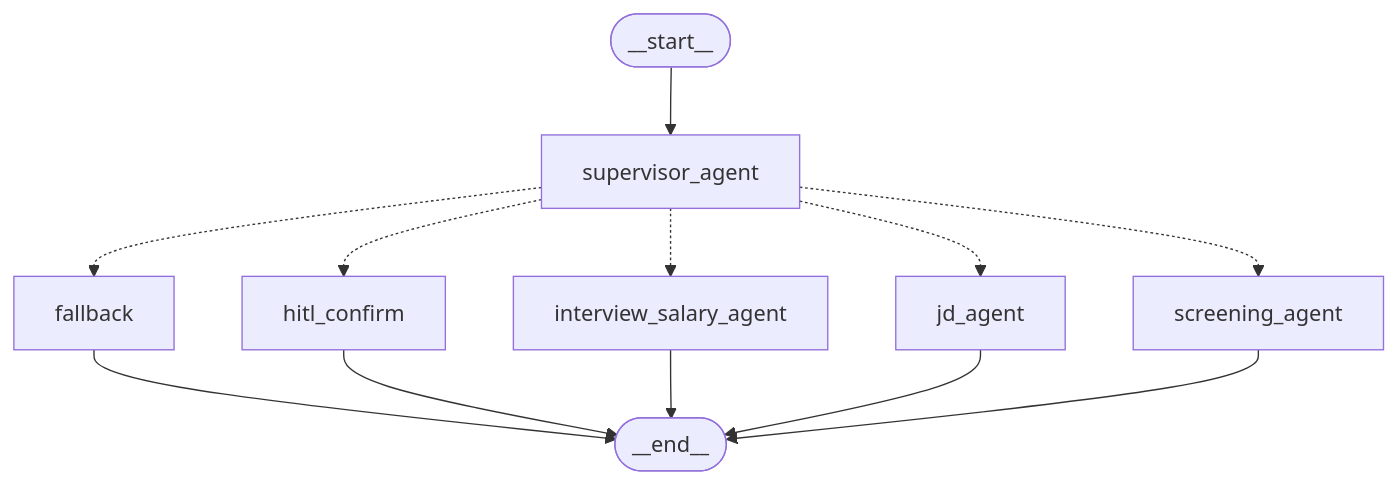
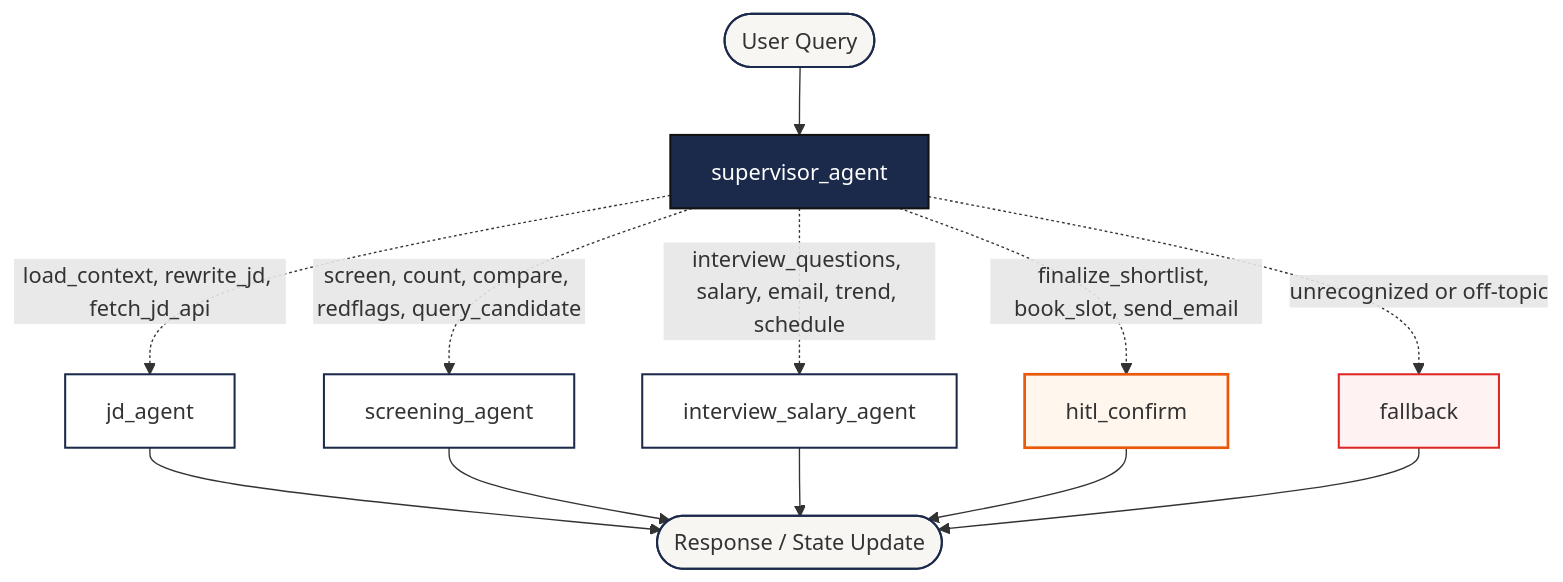
Before and after one commit to Sri-dinesh/RecruitAI: the diagram in README.md, drawn with Mermaid. The commit also changed other lines of this file, not shown here.

````diff
--- a/README.md
+++ b/README.md
@@ -22,14 +117,26 @@
 ```mermaid
 graph TD;
-	__start__([__start__]) --> supervisor_agent;
-	supervisor_agent -.-> fallback;
-	supervisor_agent -.-> hitl_confirm;
-	supervisor_agent -.-> interview_salary_agent;
-	supervisor_agent -.-> jd_agent;
-	supervisor_agent -.-> screening_agent;
-	fallback --> __end__([__end__]);
+	__start__([User Query]) --> supervisor_agent;
+	supervisor_agent -.->|load_context, rewrite_jd, fetch_jd_api| jd_agent;
+	supervisor_agent -.->|screen, count, compare, redflags, query_candidate| screening_agent;
+	supervisor_agent -.->|interview_questions, salary, email, trend, schedule| interview_salary_agent;
+	supervisor_agent -.->|finalize_shortlist, book_slot, send_email| hitl_confirm;
+	supervisor_agent -.->|unrecognized or off-topic| fallback;
+	
+	jd_agent --> __end__([Response / State Update]);
+	screening_agent --> __end__;
+	interview_salary_agent --> __end__;
 	hitl_confirm --> __end__;
-	interview_salary_agent --> __end__;
-	jd_agent --> __end__;
-	screening_agent --> __end__;
+	fallback --> __end__;
+
+	classDef default fill:#f8f6f2,stroke:#1b2a4a,stroke-width:1.5px;
+	classDef supervisor fill:#1b2a4a,stroke:#111,color:#fff;
+	classDef agent fill:#ffffff,stroke:#1b2a4a,stroke-width:1.5px;
+	classDef hitl fill:#fff7ed,stroke:#ea580c,stroke-width:2px;
+	classDef fallback fill:#fef2f2,stroke:#dc2626,stroke-width:1.5px;
+
+	class supervisor_agent supervisor;
+	class jd_agent,screening_agent,interview_salary_agent agent;
+	class hitl_confirm hitl;
+	class fallback fallback;
 ```
````
